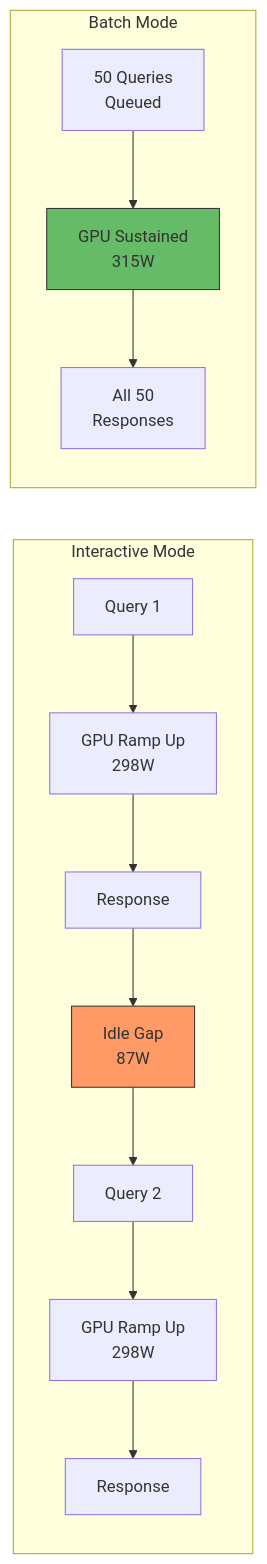
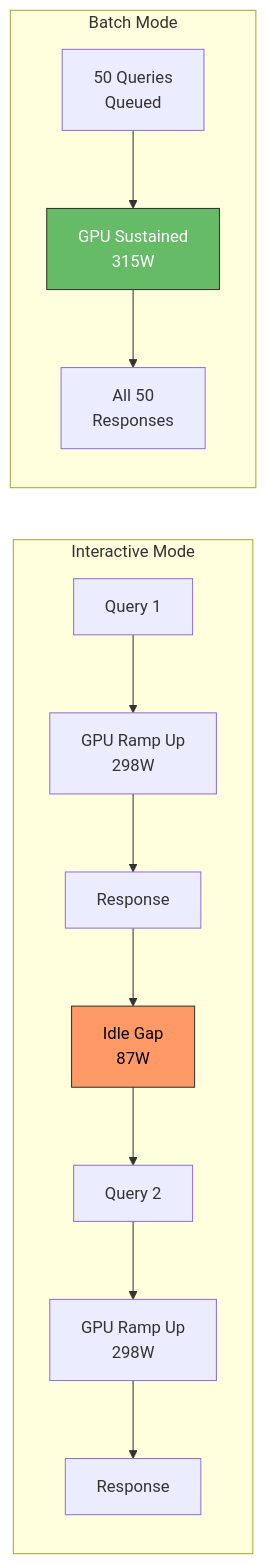
Before and after one commit to williamzujkowski/williamzujkowski.github.io: the second of 4 diagrams in src/posts/2024-11-15-gpu-power-monitoring-homelab-ml.md, drawn with Mermaid. The commit also changed other lines of this file and 40 other files, not shown here.

First line of the commit message:
fix(blog): add explicit text color to all mermaid classDef/style (#171)

````diff
--- a/src/posts/2024-11-15-gpu-power-monitoring-homelab-ml.md
+++ b/src/posts/2024-11-15-gpu-power-monitoring-homelab-ml.md
@@ -162,19 +162,19 @@
 ```mermaid
 graph LR
     subgraph Interactive Mode
         Q1[Query 1] --> GPU1[GPU Ramp Up<br/>298W]
         GPU1 --> R1[Response]
         R1 --> IDLE1[Idle Gap<br/>87W]
         IDLE1 --> Q2[Query 2]
         Q2 --> GPU2[GPU Ramp Up<br/>298W]
         GPU2 --> R2[Response]
     end
 
     subgraph Batch Mode
         QB[50 Queries<br/>Queued] --> GPUB[GPU Sustained<br/>315W]
         GPUB --> RB[All 50<br/>Responses]
     end
 
-    style IDLE1 fill:#f96,stroke:#333
-    style GPUB fill:#6b6,stroke:#333
+    style IDLE1 fill:#f96,color:#000,stroke:#333
+    style GPUB fill:#6b6,color:#fff,stroke:#333
 ```
````
